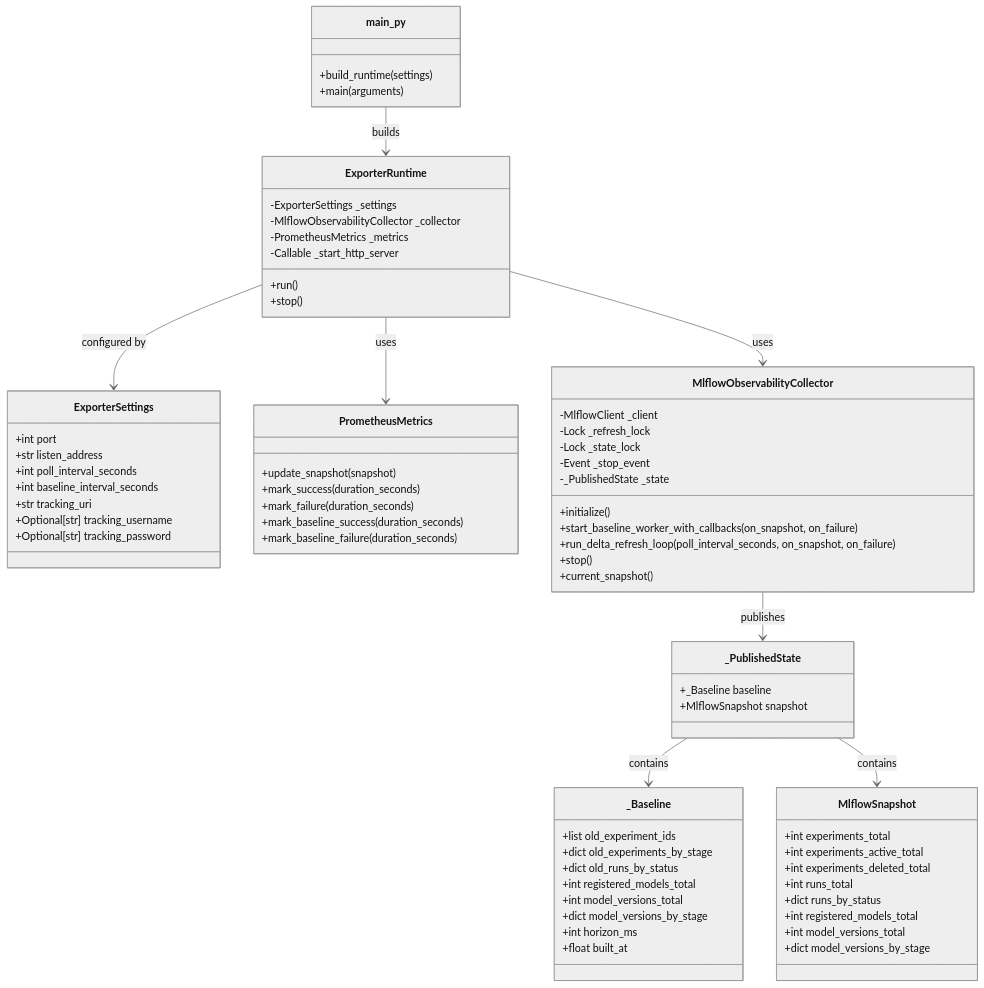
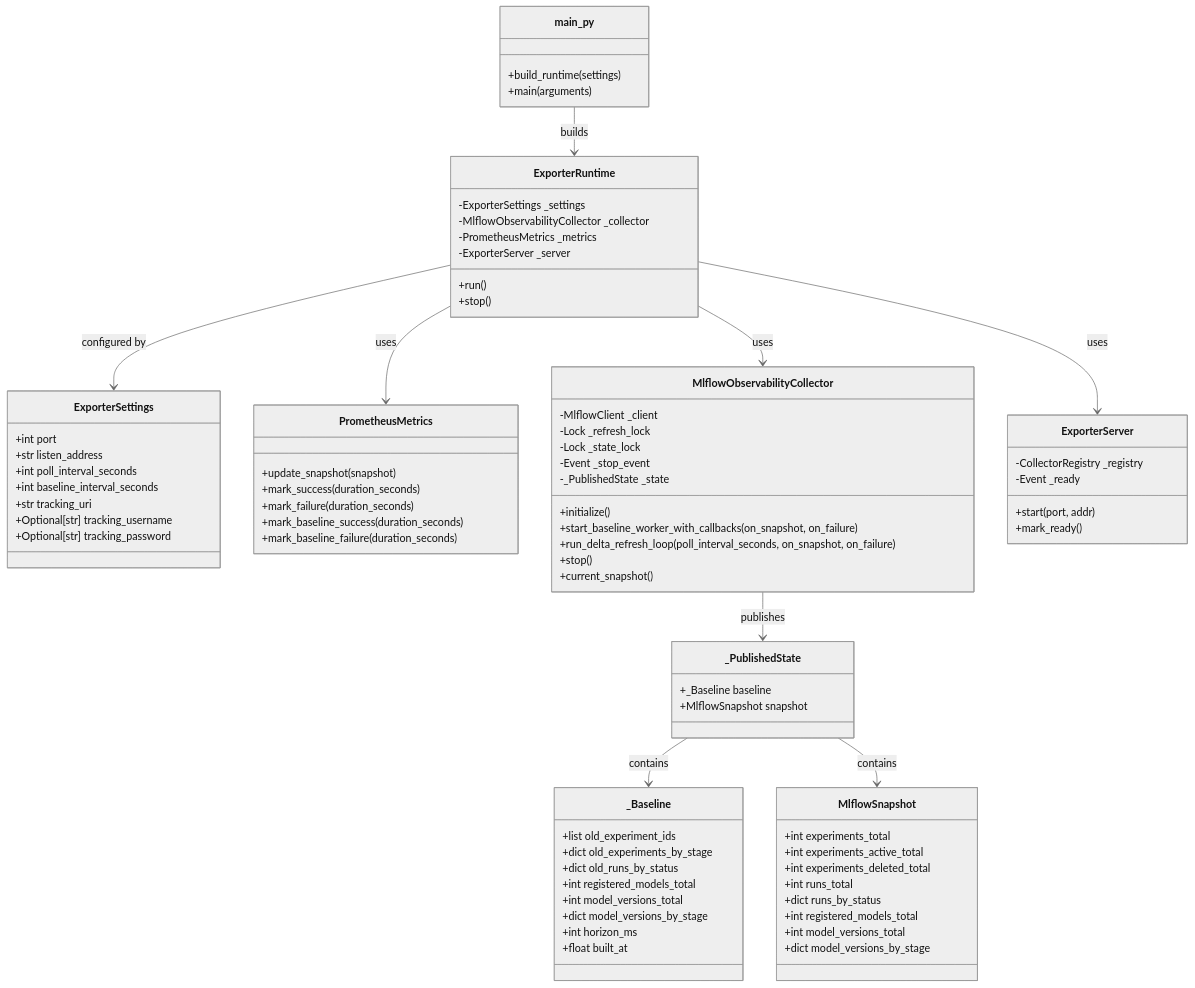
Before and after one commit to matzmz/mlflow-prometheus-exporter: the first of 3 diagrams in ARCHITECTURE.md, drawn with Mermaid (neutral theme). The commit also changed other lines of this file and 1 other file, not shown here.

```diff
--- a/ARCHITECTURE.md
+++ b/ARCHITECTURE.md
@@ -235,9 +255,16 @@
         -ExporterSettings _settings
         -MlflowObservabilityCollector _collector
         -PrometheusMetrics _metrics
-        -Callable _start_http_server
+        -ExporterServer _server
         +run()
         +stop()
+    }
+
+    class ExporterServer {
+        -CollectorRegistry _registry
+        -Event _ready
+        +start(port, addr)
+        +mark_ready()
     }
 
     class main_py {
@@ -248,6 +275,7 @@
     main_py --> ExporterRuntime : builds
     ExporterRuntime --> MlflowObservabilityCollector : uses
     ExporterRuntime --> PrometheusMetrics : uses
+    ExporterRuntime --> ExporterServer : uses
     MlflowObservabilityCollector --> _PublishedState : publishes
     _PublishedState --> _Baseline : contains
     _PublishedState --> MlflowSnapshot : contains
```
